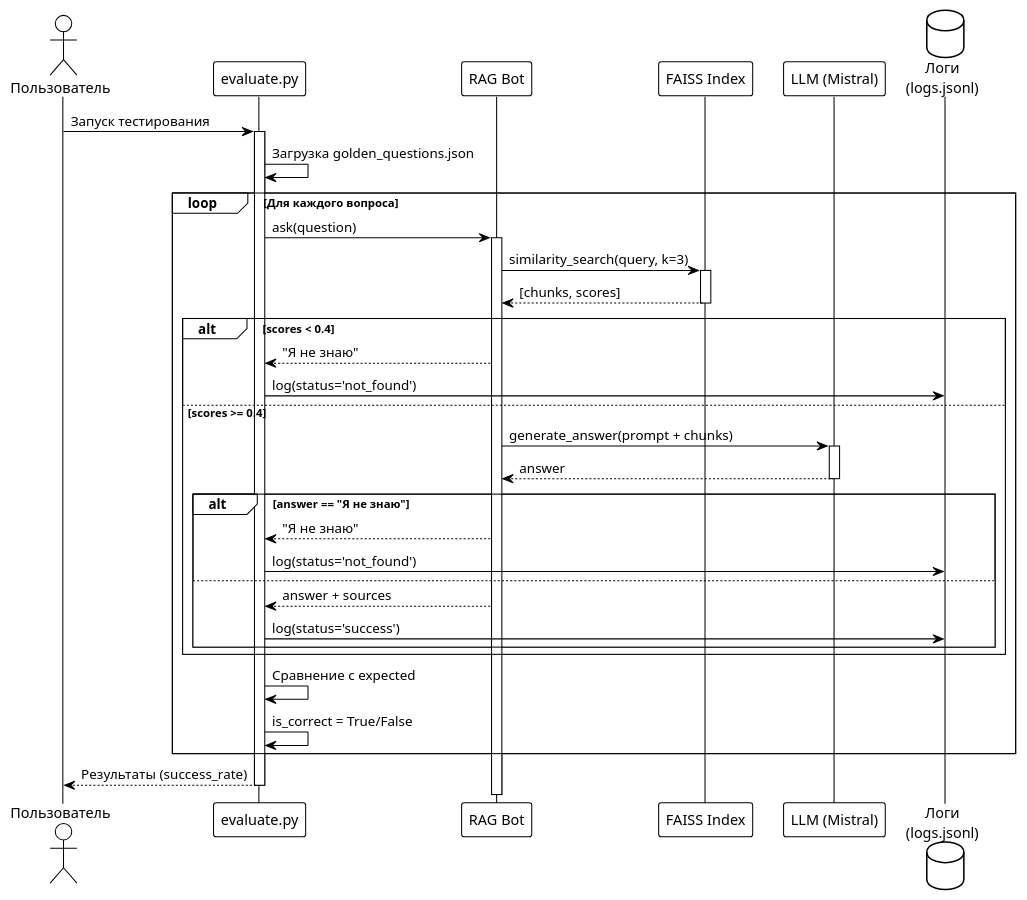
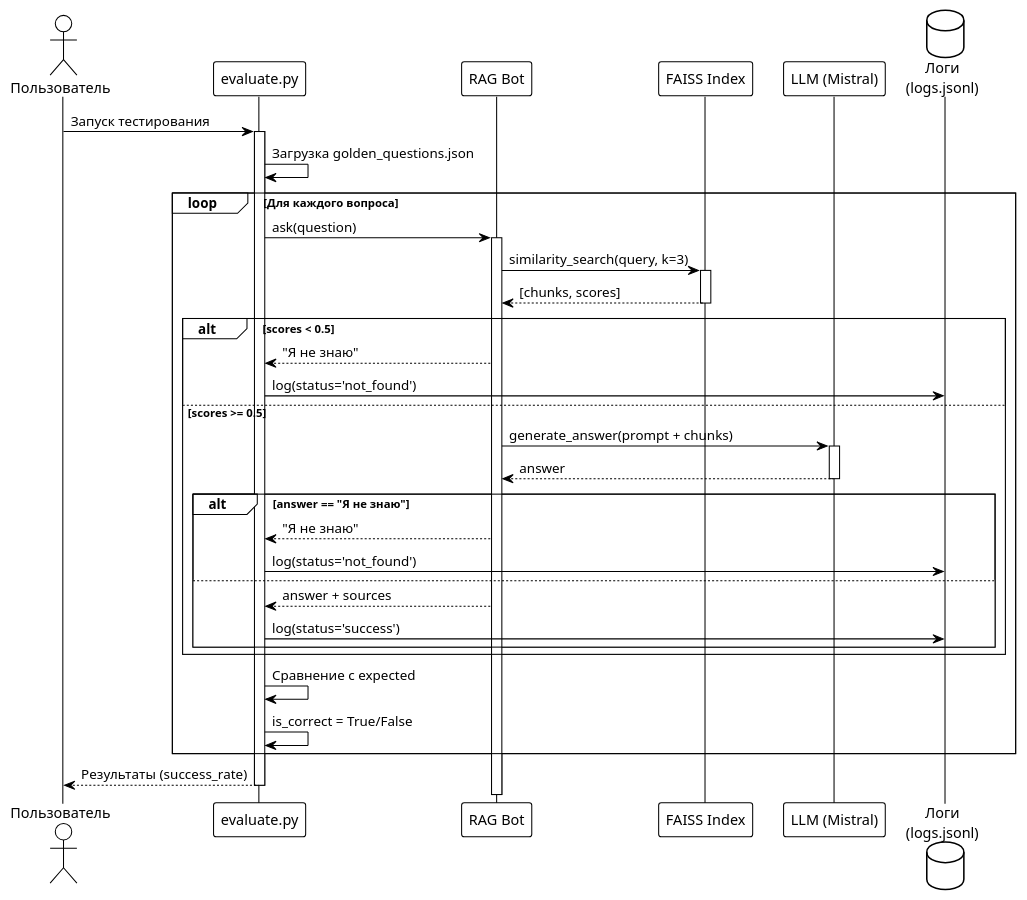
Before and after one commit to AndKiRiLL/architecture-pro-quantumforge: the diagram in task-7/evaluation_diagram.puml, drawn with PlantUML. The commit also changed 1 other file, not shown here.

```diff
--- a/task-7/evaluation_diagram.puml
+++ b/task-7/evaluation_diagram.puml
@@ -1,50 +1,50 @@
 @startuml
 !theme plain
 
 actor "Пользователь" as User
 participant "evaluate.py" as Eval
 participant "RAG Bot" as Bot
 participant "FAISS Index" as FAISS
 participant "LLM (Mistral)" as LLM
 database "Логи\n(logs.jsonl)" as Logs
 
 User -> Eval: Запуск тестирования
 activate Eval
 
 Eval -> Eval: Загрузка golden_questions.json
 
 loop Для каждого вопроса
     Eval -> Bot: ask(question)
     activate Bot
     
     Bot -> FAISS: similarity_search(query, k=3)
     activate FAISS
     FAISS --> Bot: [chunks, scores]
     deactivate FAISS
     
-    alt scores < 0.4
+    alt scores < 0.5
         Bot --> Eval: "Я не знаю"
         Eval -> Logs: log(status='not_found')
-    else scores >= 0.4
+    else scores >= 0.5
         Bot -> LLM: generate_answer(prompt + chunks)
         activate LLM
         LLM --> Bot: answer
         deactivate LLM
         
         alt answer == "Я не знаю"
             Bot --> Eval: "Я не знаю"
             Eval -> Logs: log(status='not_found')
         else
             Bot --> Eval: answer + sources
             Eval -> Logs: log(status='success')
         end
     end
     
     Eval -> Eval: Сравнение с expected
     Eval -> Eval: is_correct = True/False
 end
 
 Eval --> User: Результаты (success_rate)
 deactivate Eval
 
 @enduml
```
